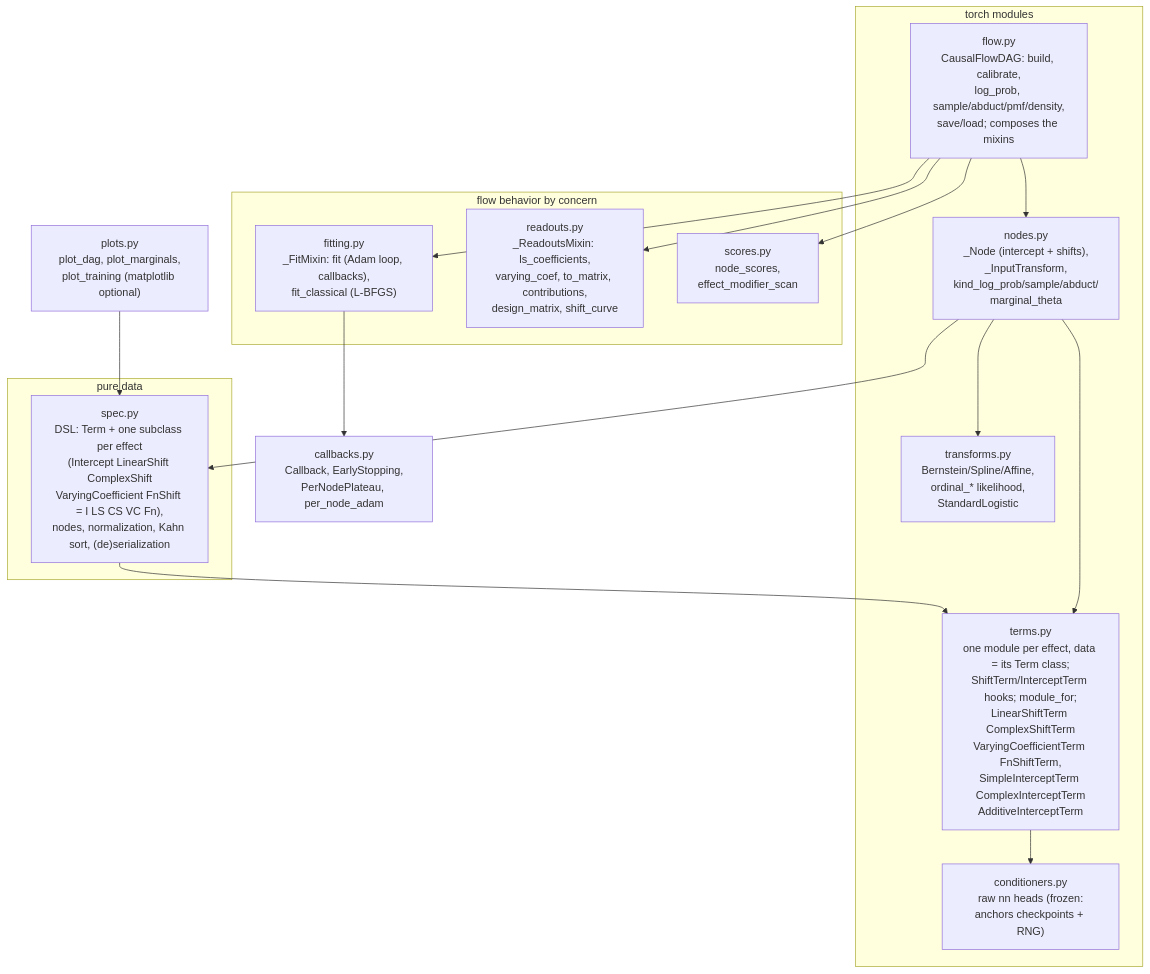
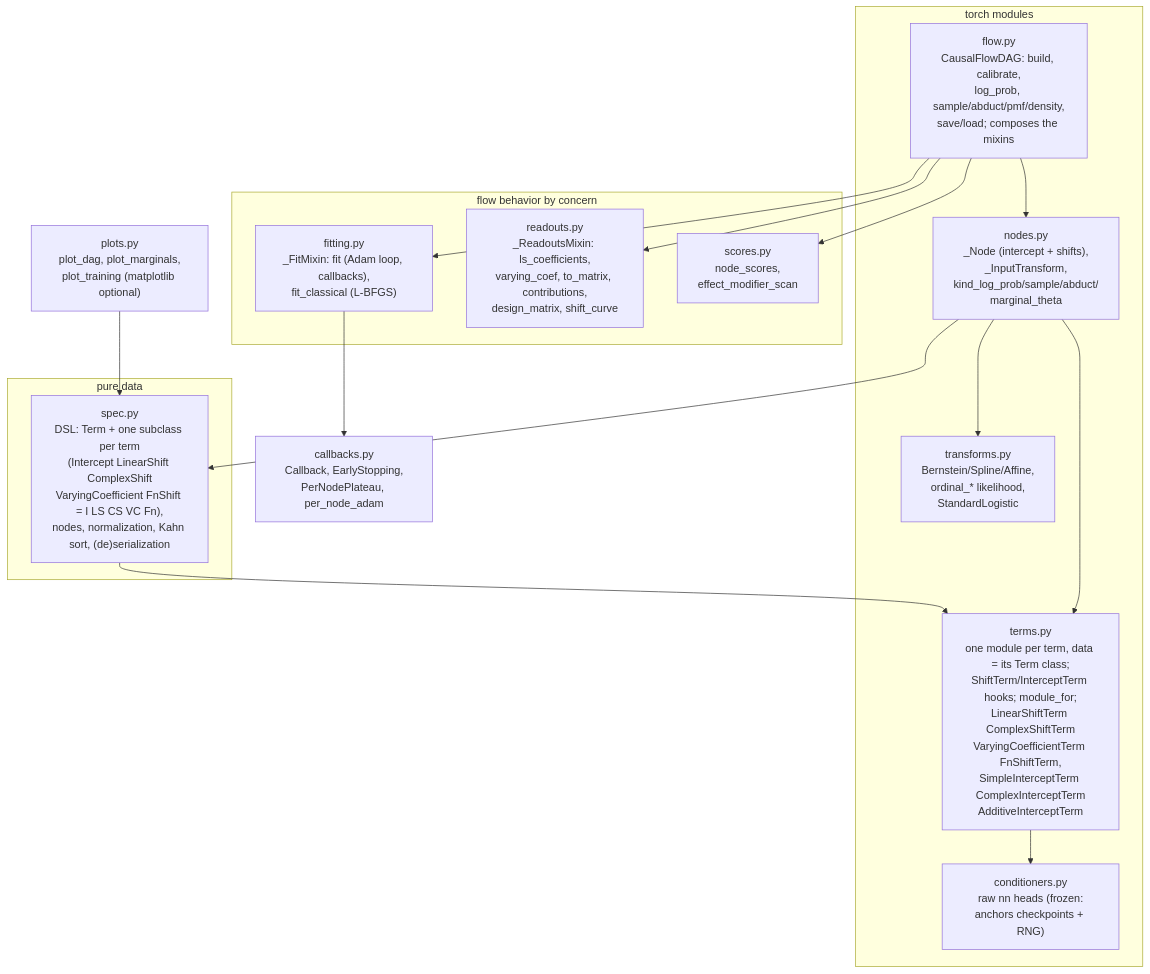
The first of 6 diagrams in docs/architecture.md (tensorchiefs/tramdag), drawn with Mermaid before and after one commit. The commit also changed other lines of this file and 19 other files, not shown here.

First line of the commit message:
refactor(spec)!: a term serializes as `term:`, not `effect:`

````diff
--- a/docs/architecture.md
+++ b/docs/architecture.md
@@ -10,32 +10,32 @@
 ```mermaid
 graph TD
     subgraph data["pure data"]
-        spec["spec.py<br/>DSL: Term + one subclass per effect<br/>(Intercept LinearShift ComplexShift<br/>VaryingCoefficient FnShift = I LS CS VC Fn),<br/>nodes, normalization, Kahn sort, (de)serialization"]
+        spec["spec.py<br/>DSL: Term + one subclass per term<br/>(Intercept LinearShift ComplexShift<br/>VaryingCoefficient FnShift = I LS CS VC Fn),<br/>nodes, normalization, Kahn sort, (de)serialization"]
     end
     subgraph torch["torch modules"]
-        terms["terms.py<br/>one module per effect, data = its Term class;<br/>ShiftTerm/InterceptTerm hooks; module_for;<br/>LinearShiftTerm ComplexShiftTerm<br/>VaryingCoefficientTerm FnShiftTerm,<br/>SimpleInterceptTerm ComplexInterceptTerm<br/>AdditiveInterceptTerm"]
+        terms["terms.py<br/>one module per term, data = its Term class;<br/>ShiftTerm/InterceptTerm hooks; module_for;<br/>LinearShiftTerm ComplexShiftTerm<br/>VaryingCoefficientTerm FnShiftTerm,<br/>SimpleInterceptTerm ComplexInterceptTerm<br/>AdditiveInterceptTerm"]
         conditioners["conditioners.py<br/>raw nn heads (frozen:<br/>anchors checkpoints + RNG)"]
         transforms["transforms.py<br/>Bernstein/Spline/Affine,<br/>ordinal_* likelihood,<br/>StandardLogistic"]
         nodes["nodes.py<br/>_Node (intercept + shifts),<br/>_InputTransform,<br/>kind_log_prob/sample/abduct/<br/>marginal_theta"]
         flow["flow.py<br/>CausalFlowDAG: build, calibrate,<br/>log_prob, sample/abduct/pmf/density,<br/>save/load; composes the mixins"]
     end
     subgraph functions["flow behavior by concern"]
         fitting["fitting.py<br/>_FitMixin: fit (Adam loop, callbacks),<br/>fit_classical (L-BFGS)"]
         readouts["readouts.py<br/>_ReadoutsMixin: ls_coefficients,<br/>varying_coef, to_matrix, contributions,<br/>design_matrix, shift_curve"]
         scores["scores.py<br/>node_scores,<br/>effect_modifier_scan"]
     end
     callbacks["callbacks.py<br/>Callback, EarlyStopping,<br/>PerNodePlateau, per_node_adam"]
     plots["plots.py<br/>plot_dag, plot_marginals,<br/>plot_training (matplotlib optional)"]
 
     spec --> terms
     plots --> spec
     terms --> conditioners
     nodes --> terms
     nodes --> spec
     nodes --> transforms
     flow --> nodes
     flow --> fitting
     flow --> readouts
     flow --> scores
     fitting --> callbacks
 ```
````
